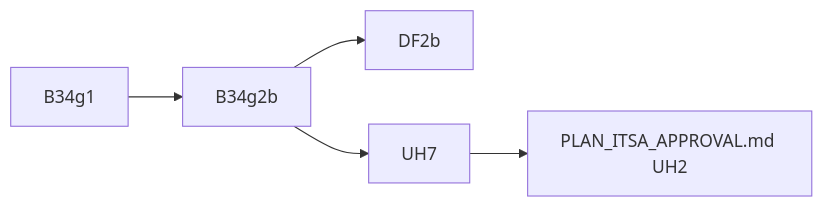
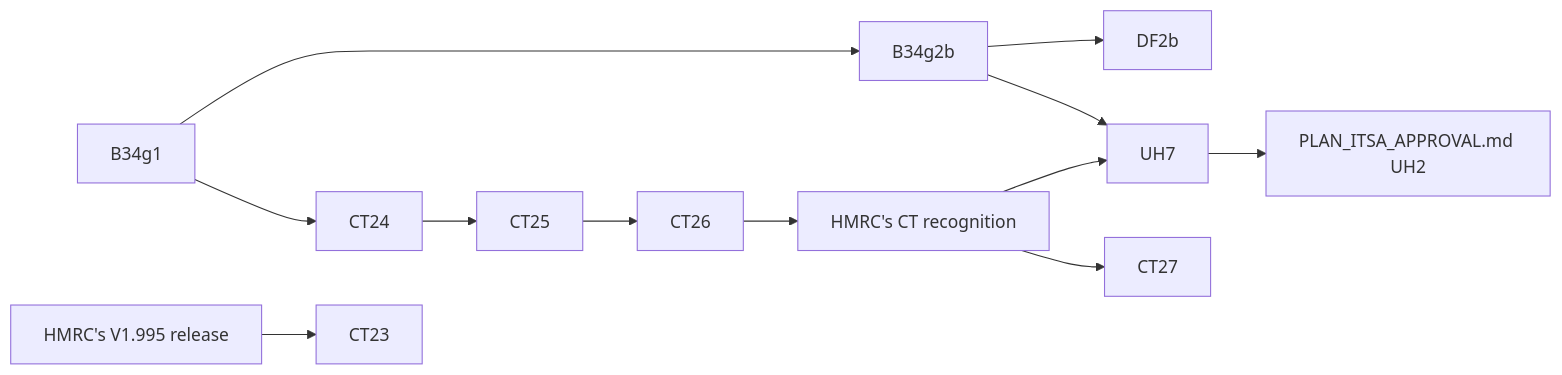
The diagram in PLAN_HMRC_CT_APPROVAL.md (diy-accounting-uk/submit.diyaccounting.co.uk), drawn with Mermaid before and after one commit. The commit also changed other lines of this file and 1 other file, not shown here.

First line of the commit message:
CT600 approval: checklist re-sourced to HMRC publications; CT23 to CT27 boarded; UH7 waits on recognition

````diff
--- a/PLAN_HMRC_CT_APPROVAL.md
+++ b/PLAN_HMRC_CT_APPROVAL.md
@@ -41,7 +78,14 @@
 ```mermaid
 flowchart LR
     B34g1 --> B34g2b
+    B34g1 --> CT24
+    CT24 --> CT25
+    CT25 --> CT26
+    CT26 --> REC["HMRC's CT recognition"]
+    REC --> UH7
+    REC --> CT27
     B34g2b --> DF2b
     B34g2b --> UH7
     UH7 --> UH2["PLAN_ITSA_APPROVAL.md UH2"]
+    HMRC["HMRC's V1.995 release"] --> CT23
 ```
````
